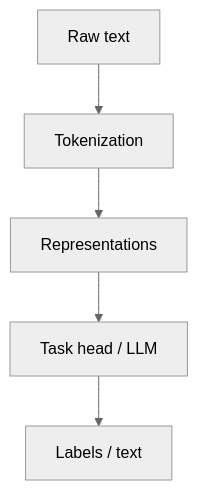
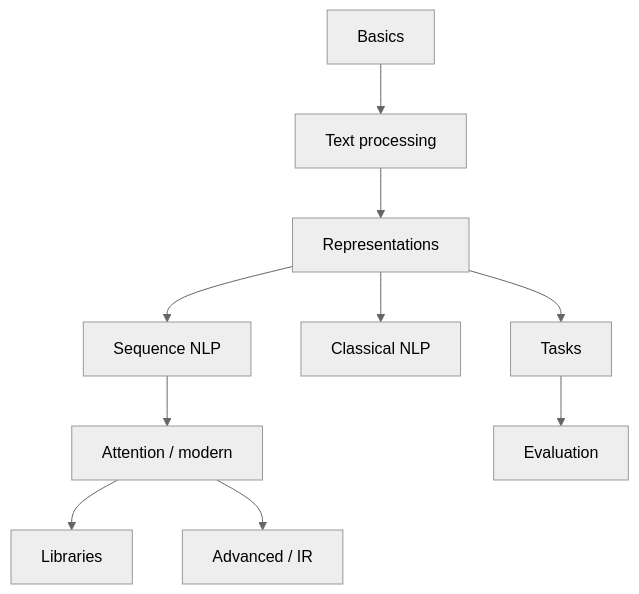
The diagram in domains/natural-language-processing/README.md (abdulsamad183/ai-engineering-playbook), drawn with Mermaid (neutral theme) before and after one commit. The commit also changed other lines of this file and 117 other files, not shown here.

````diff
--- a/domains/natural-language-processing/README.md
+++ b/domains/natural-language-processing/README.md
@@ -18,7 +27,12 @@
 ```mermaid
 flowchart TB
-  Text[Raw text] --> Tok[Tokenization]
-  Tok --> Rep[Representations]
-  Rep --> Task[Task head / LLM]
-  Task --> Out[Labels / text]
+  B[Basics] --> P[Text processing]
+  P --> R[Representations]
+  R --> T[Tasks]
+  R --> C[Classical NLP]
+  R --> S[Sequence NLP]
+  S --> A[Attention / modern]
+  A --> L[Libraries]
+  T --> E[Evaluation]
+  A --> Adv[Advanced / IR]
 ```
````
